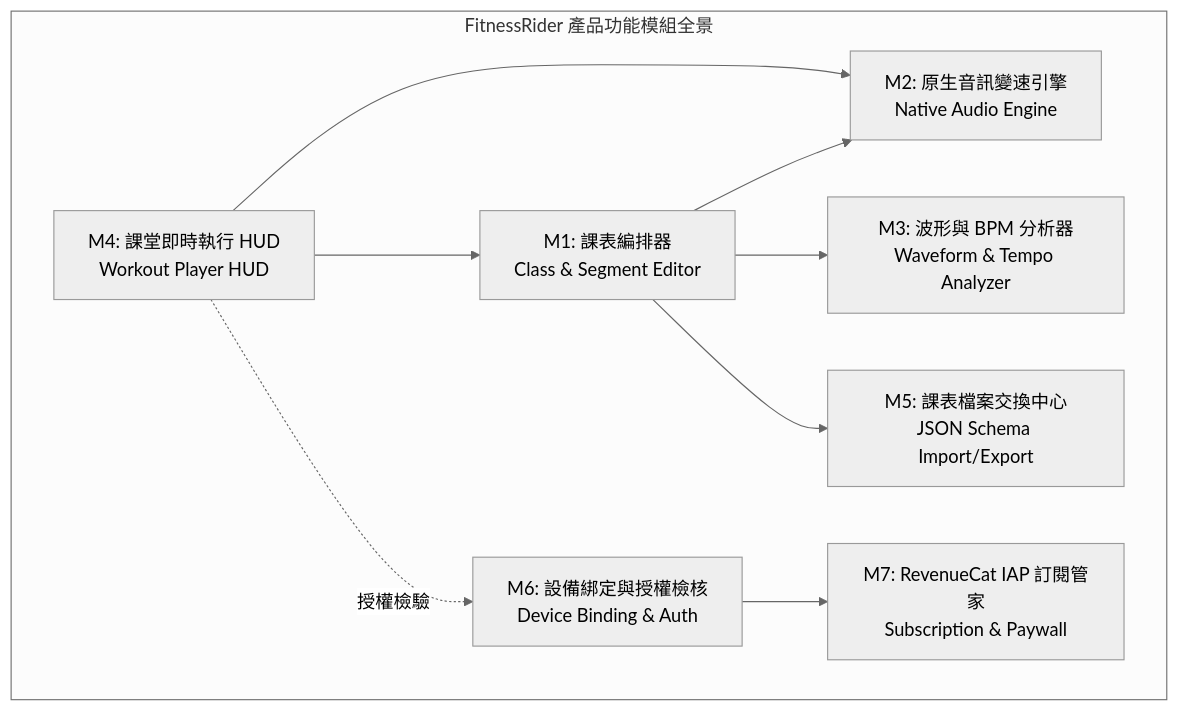
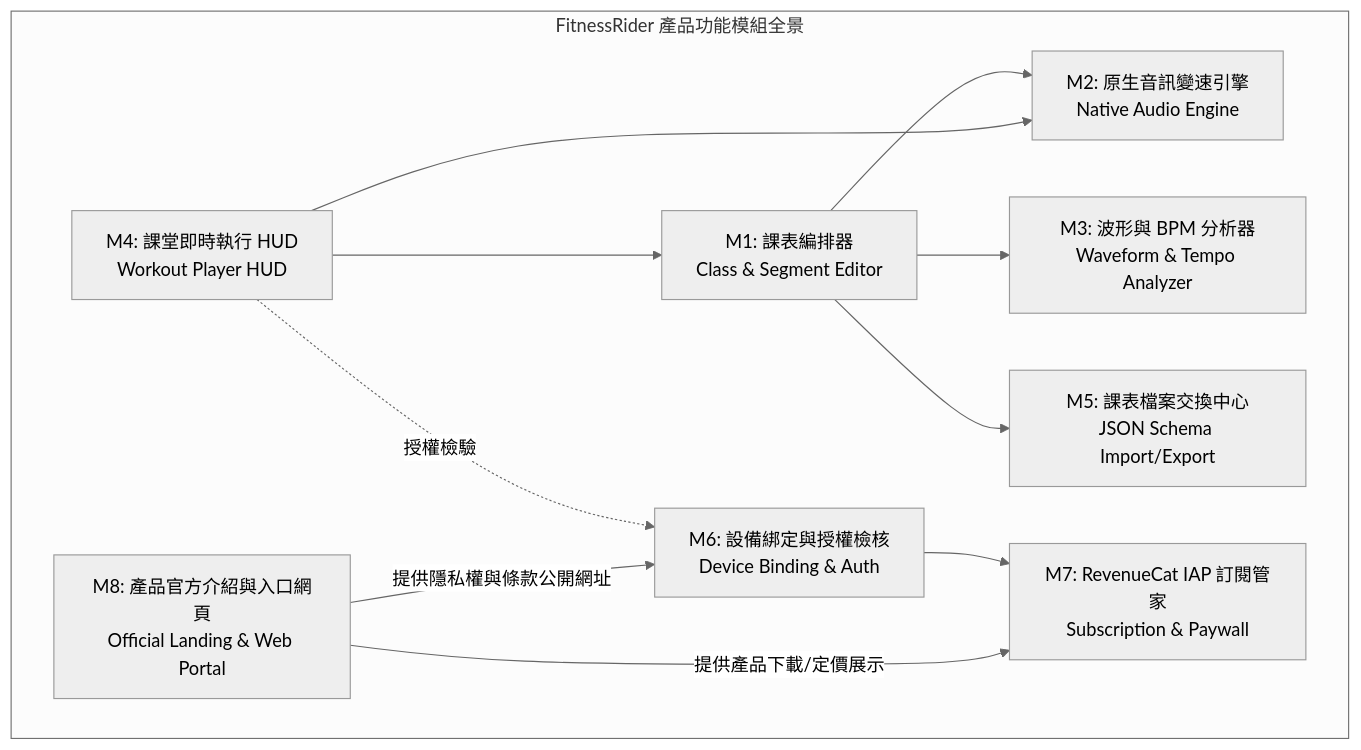
Before and after one commit to tonylu880042/fitnessrider: the diagram in spec.md, drawn with Mermaid (neutral theme). The commit also changed other lines of this file and 36 other files, not shown here.

Commit message:
feat(backend): implement official landing page, auth & device license APIs, and RevenueCat webhook

````diff
--- a/spec.md
+++ b/spec.md
@@ -28,20 +28,23 @@
 ```mermaid
 graph TD
     subgraph Core_Product_Modules [FitnessRider 產品功能模組全景]
-        M1[M1: 課表編排器<br>Class & Segment Editor]
-        M2[M2: 原生音訊變速引擎<br>Native Audio Engine]
-        M3[M3: 波形與 BPM 分析器<br>Waveform & Tempo Analyzer]
-        M4[M4: 課堂即時執行 HUD<br>Workout Player HUD]
-        M5[M5: 課表檔案交換中心<br>JSON Schema Import/Export]
-        M6[M6: 設備綁定與授權檢核<br>Device Binding & Auth]
-        M7[M7: RevenueCat IAP 訂閱管家<br>Subscription & Paywall]
+        M1["M1: 課表編排器<br>Class & Segment Editor"]
+        M2["M2: 原生音訊變速引擎<br>Native Audio Engine"]
+        M3["M3: 波形與 BPM 分析器<br>Waveform & Tempo Analyzer"]
+        M4["M4: 課堂即時執行 HUD<br>Workout Player HUD"]
+        M5["M5: 課表檔案交換中心<br>JSON Schema Import/Export"]
+        M6["M6: 設備綁定與授權檢核<br>Device Binding & Auth"]
+        M7["M7: RevenueCat IAP 訂閱管家<br>Subscription & Paywall"]
+        M8["M8: 產品官方介紹與入口網頁<br>Official Landing & Web Portal"]
     end
 
     M1 --> M2
     M1 --> M3
     M1 --> M5
     M4 --> M2
     M4 --> M1
     M6 --> M7
     M4 -.授權檢驗.-> M6
+    M8 -->|提供產品下載/定價展示| M7
+    M8 -->|提供隱私權與條款公開網址| M6
 ```
````
